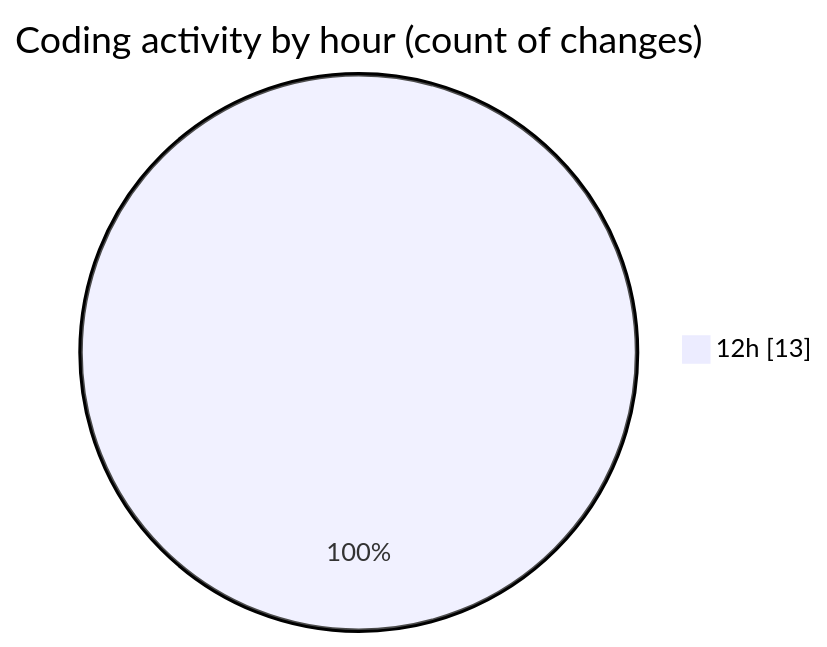
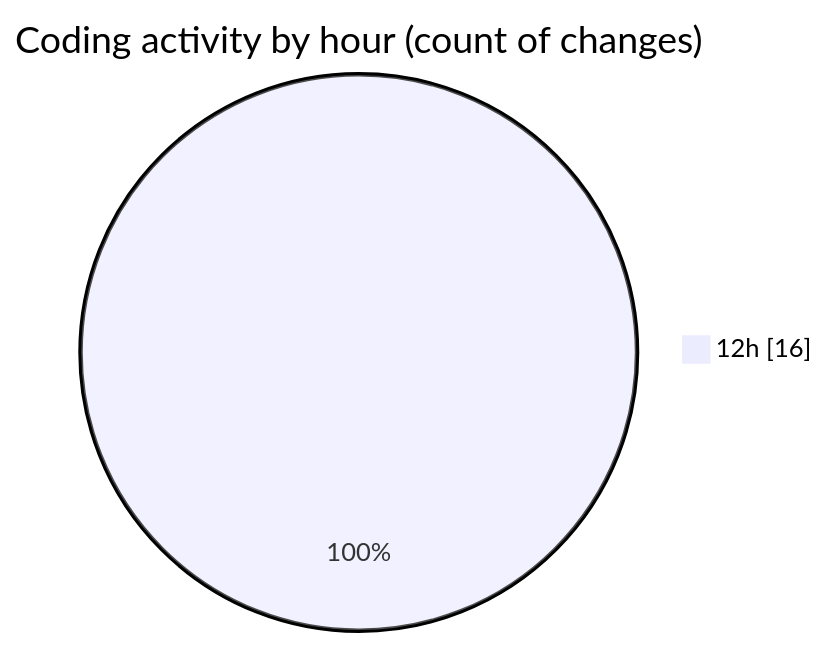
Before and after one commit to nxtqubesakshisongat/code-tracking: the second of 2 diagrams in 2025-11-17/argos/README.md, drawn with Mermaid. The commit also changed other lines of this file and 1 other file, not shown here.

````diff
--- a/2025-11-17/argos/README.md
+++ b/2025-11-17/argos/README.md
@@ -28,5 +28,5 @@
 ```mermaid
 pie showData
 title Coding activity by hour (count of changes)
-"12h" : 13
+"12h" : 16
 ```
````
